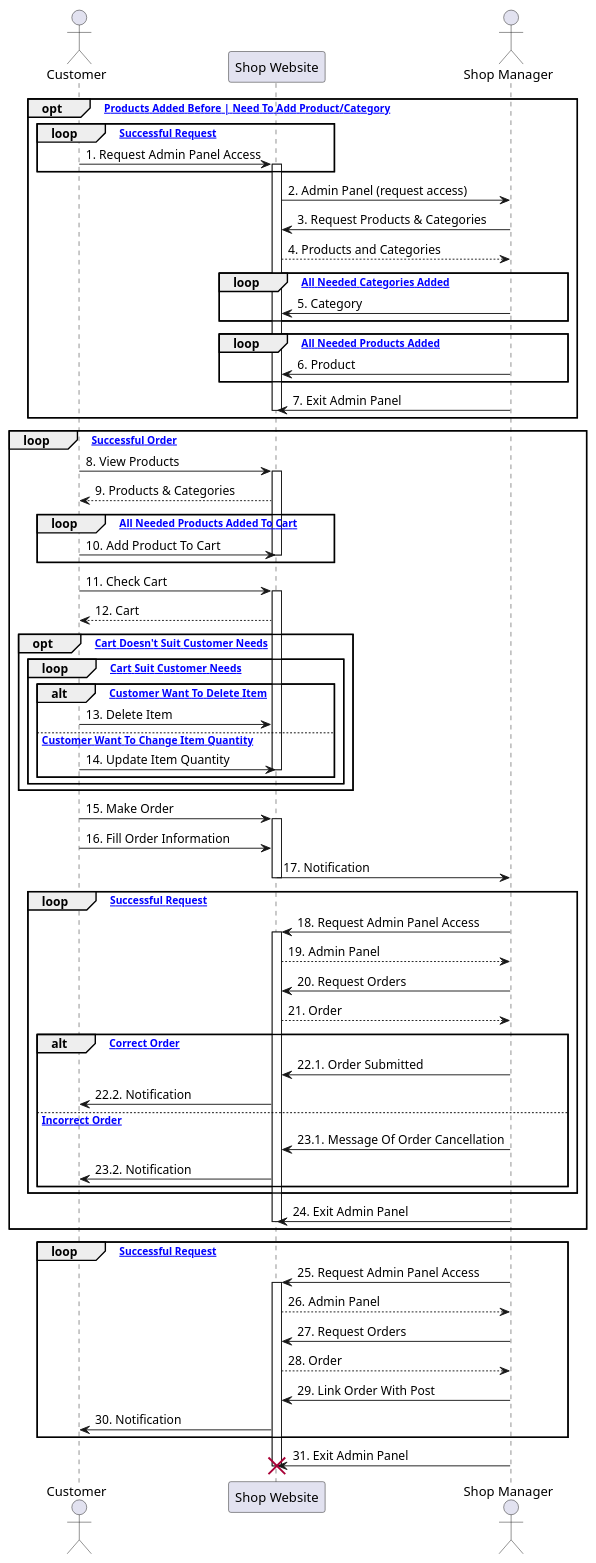
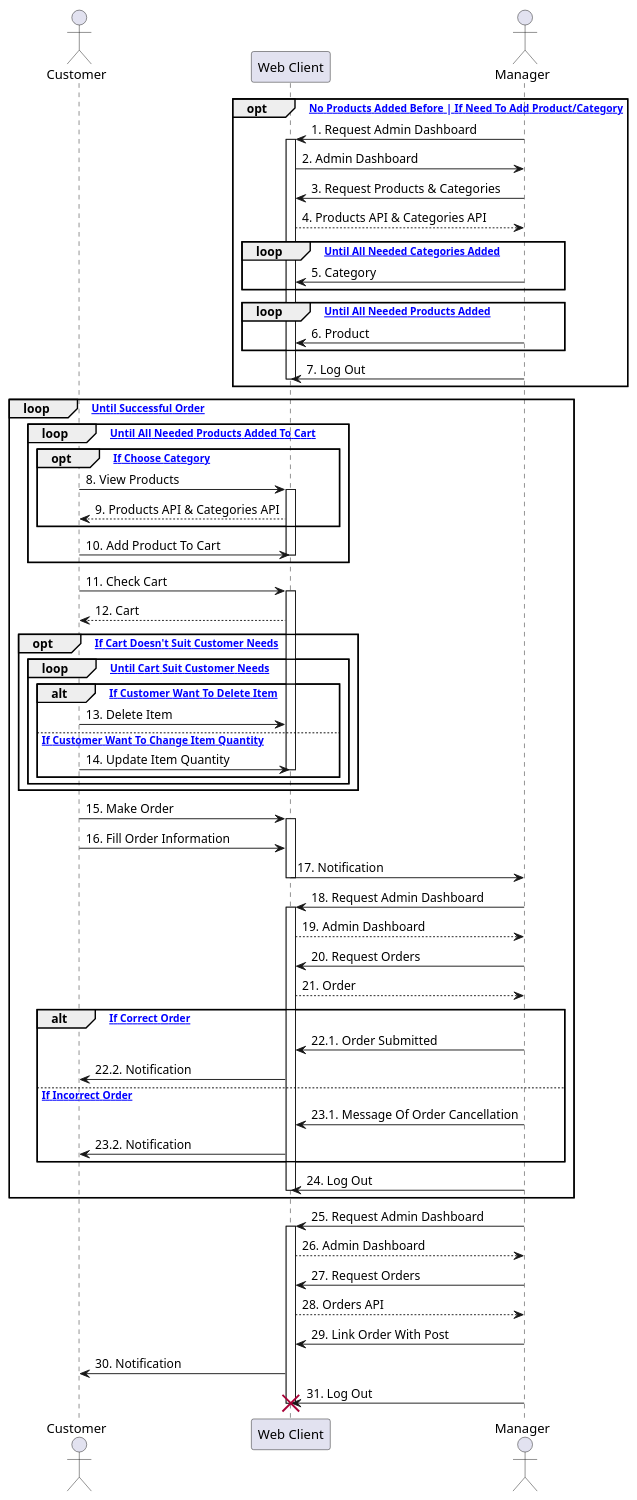
Before and after one commit to besade/KPI: the first of 2 diagrams in Lab3/README.md, drawn with PlantUML. The commit also changed other lines of this file and 4 other files, not shown here.

````diff
--- a/Lab3/README.md
+++ b/Lab3/README.md
@@ -6,37 +10,36 @@
 ```plantuml
 @startuml
 actor Customer
-participant "Shop Website" as ShopWebsite
-actor "Shop Manager" as ShopManager
+participant "Web Client" as ShopWebsite
+actor "Manager" as ShopManager
 
-opt [No Products Added Before | Need To Add Product/Category]
-  loop [- Successful Request]
-    Customer -> ShopWebsite : 1. Request Admin Panel Access
+opt [If No Products Added Before | If Need To Add Product/Category]
+    ShopManager -> ShopWebsite : 1. Request Admin Dashboard
     activate ShopWebsite
-    end
-    ShopWebsite -> ShopManager : 2. Admin Panel (request access)
+    ShopWebsite -> ShopManager : 2. Admin Dashboard
     ShopManager -> ShopWebsite : 3. Request Products & Categories
-    ShopWebsite --> ShopManager : 4. Products and Categories
+    ShopWebsite --> ShopManager : 4. Products API & Categories API
 
-    loop [- All Needed Categories Added]
+    loop [- Until All Needed Categories Added]
       ShopManager -> ShopWebsite : 5. Category
 
     end
 
-    loop [- All Needed Products Added]
+    loop [- Until All Needed Products Added]
       ShopManager -> ShopWebsite : 6. Product
     end
 
-    ShopManager -> ShopWebsite : 7. Exit Admin Panel
+    ShopManager -> ShopWebsite : 7. Log Out
     deactivate ShopWebsite
 end
 
-loop [- Successful Order]
+loop [- Until Successful Order]
+loop [- Until All Needed Products Added To Cart]
+opt [- If Choose Category]
   Customer -> ShopWebsite : 8. View Products
   activate ShopWebsite
-  ShopWebsite --> Customer : 9. Products & Categories
-
-  loop [- All Needed Products Added To Cart]
+  ShopWebsite --> Customer : 9. Products API & Categories API
+  end
     Customer -> ShopWebsite : 10. Add Product To Cart
   deactivate ShopWebsite
   end
@@ -45,11 +48,11 @@
   activate ShopWebsite
   ShopWebsite --> Customer : 12. Cart
 
-  opt [- Cart Doesn't Suit Customer Needs]
-    loop [- Cart Suit Customer Needs]
-      alt [- Customer Want To Delete Item]
+  opt [- If Cart Doesn't Suit Customer Needs]
+    loop [- Until Cart Suit Customer Needs]
+      alt [- If Customer Want To Delete Item]
         Customer -> ShopWebsite : 13. Delete Item
-      else [- Customer Want To Change Item Quantity]
+      else [- If Customer Want To Change Item Quantity]
         Customer -> ShopWebsite : 14. Update Item Quantity
       deactivate ShopWebsite
       end
@@ -62,36 +65,32 @@
   ShopWebsite -> ShopManager : 17. Notification
   deactivate ShopWebsite
 
-  loop [- Successful Request]
-    ShopManager -> ShopWebsite : 18. Request Admin Panel Access
+    ShopManager -> ShopWebsite : 18. Request Admin Dashboard
     activate ShopWebsite
-    ShopWebsite --> ShopManager : 19. Admin Panel
+    ShopWebsite --> ShopManager : 19. Admin Dashboard
     ShopManager -> ShopWebsite : 20. Request Orders
     ShopWebsite --> ShopManager : 21. Order
 
-    alt [- Correct Order]
+    alt [- If Correct Order]
       ShopManager -> ShopWebsite : 22.1. Order Submitted
       ShopWebsite -> Customer : 22.2. Notification
-    else [- Incorrect Order]
+    else [- If Incorrect Order]
       ShopManager -> ShopWebsite : 23.1. Message Of Order Cancellation
       ShopWebsite -> Customer : 23.2. Notification
-    end
   end
-      ShopManager -> ShopWebsite : 24. Exit Admin Panel
+      ShopManager -> ShopWebsite : 24. Log Out
       deactivate ShopWebsite
 end
 
-loop [- Successful Request]
-  ShopManager -> ShopWebsite : 25. Request Admin Panel Access
+  ShopManager -> ShopWebsite : 25. Request Admin Dashboard
   activate ShopWebsite
-  ShopWebsite --> ShopManager : 26. Admin Panel
+  ShopWebsite --> ShopManager : 26. Admin Dashboard
 
   ShopManager -> ShopWebsite : 27. Request Orders
-  ShopWebsite --> ShopManager : 28. Order
+  ShopWebsite --> ShopManager : 28. Orders API
   ShopManager -> ShopWebsite : 29. Link Order With Post
   ShopWebsite -> Customer : 30. Notification
-end
-  ShopManager -> ShopWebsite : 31. Exit Admin Panel
+  ShopManager -> ShopWebsite : 31. Log Out
 
   deactivate ShopWebsite
   destroy ShopWebsite
````
